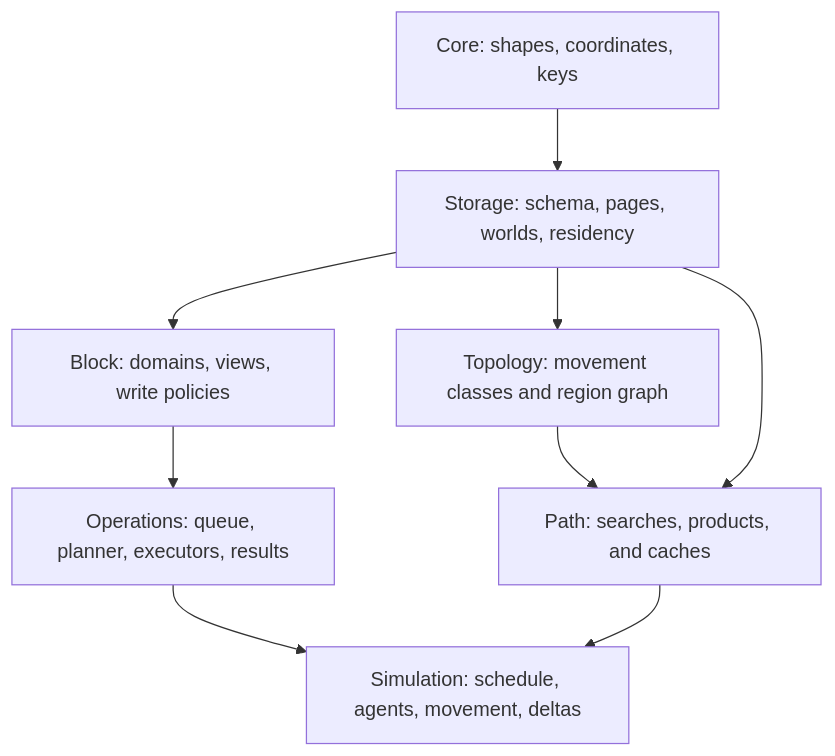
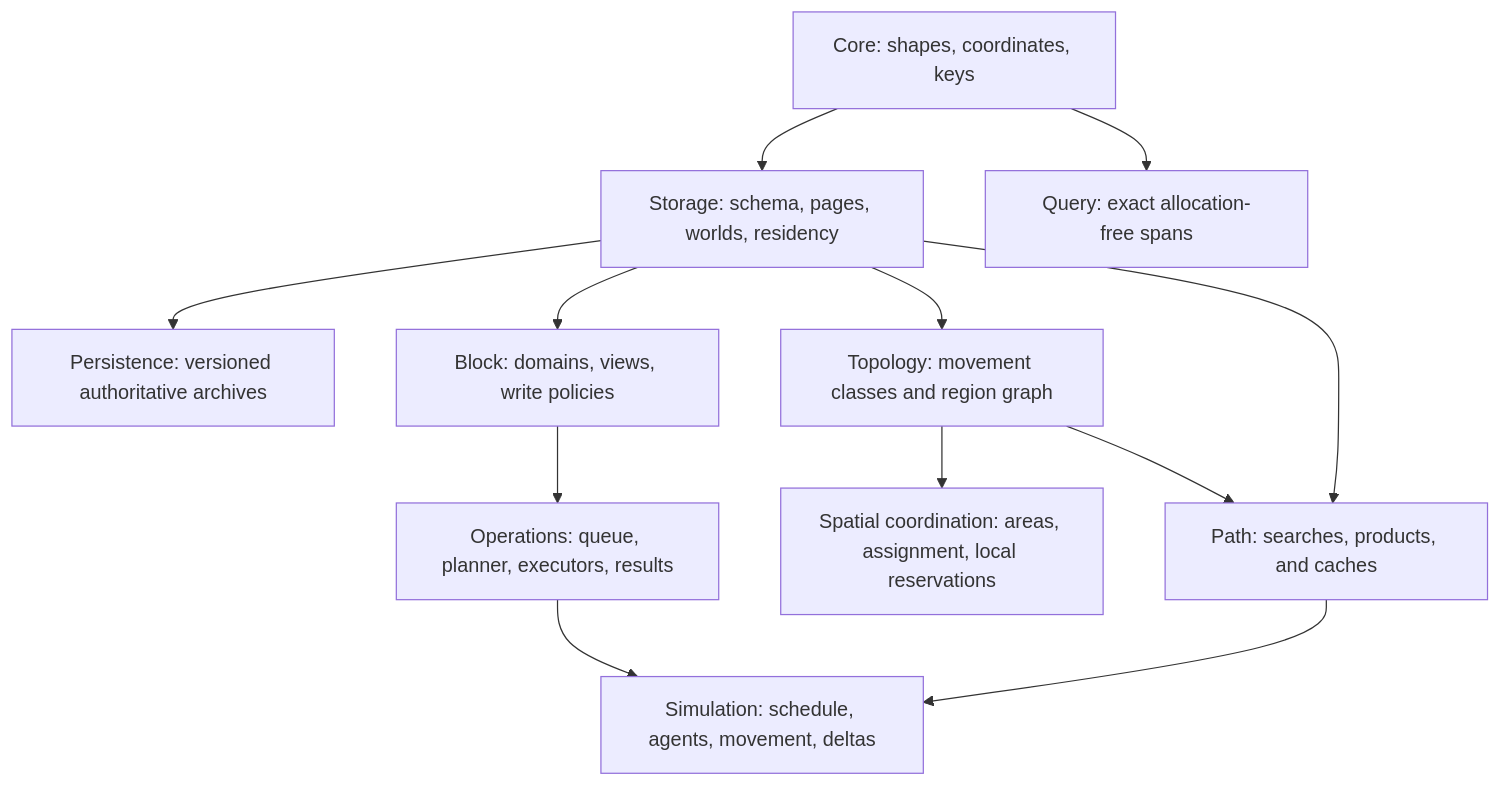
Before and after one commit to kindjie/tess: the first of 5 diagrams in docs/architecture/README.md, drawn with Mermaid. The commit also changed other lines of this file and 171 other files, not shown here.

First line of the commit message:
Complete the post-v0.4 roadmap through v0.12 (#59)

````diff
--- a/docs/architecture/README.md
+++ b/docs/architecture/README.md
@@ -19,21 +20,27 @@
 ```mermaid
 flowchart TB
   accTitle: tess module dependency layers
   accDescr: Core and storage foundations support block operations and topology, which in turn support queued work, paths, and simulation.
 
   Core["Core: shapes, coordinates, keys"]
   Storage["Storage: schema, pages, worlds, residency"]
+  Persistence["Persistence: versioned authoritative archives"]
   Block["Block: domains, views, write policies"]
+  Query["Query: exact allocation-free spans"]
   Ops["Operations: queue, planner, executors, results"]
   Topology["Topology: movement classes and region graph"]
+  Spatial["Spatial coordination: areas, assignment, local reservations"]
   Path["Path: searches, products, and caches"]
   Sim["Simulation: schedule, agents, movement, deltas"]
   Core --> Storage
+  Storage --> Persistence
   Storage --> Block
+  Core --> Query
   Storage --> Topology
   Block --> Ops
   Topology --> Path
+  Topology --> Spatial
   Storage --> Path
   Ops --> Sim
   Path --> Sim
 ```
````
